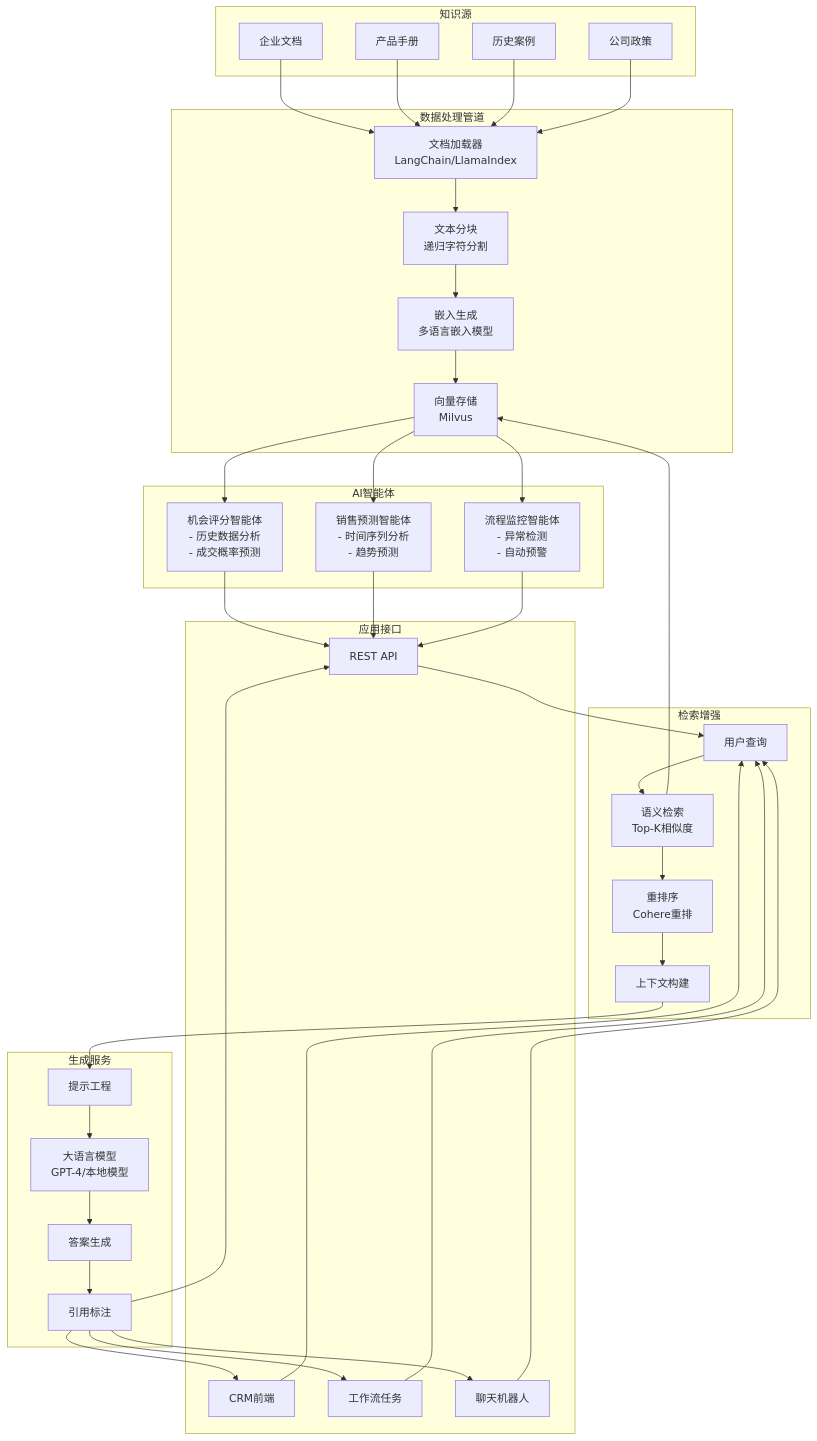
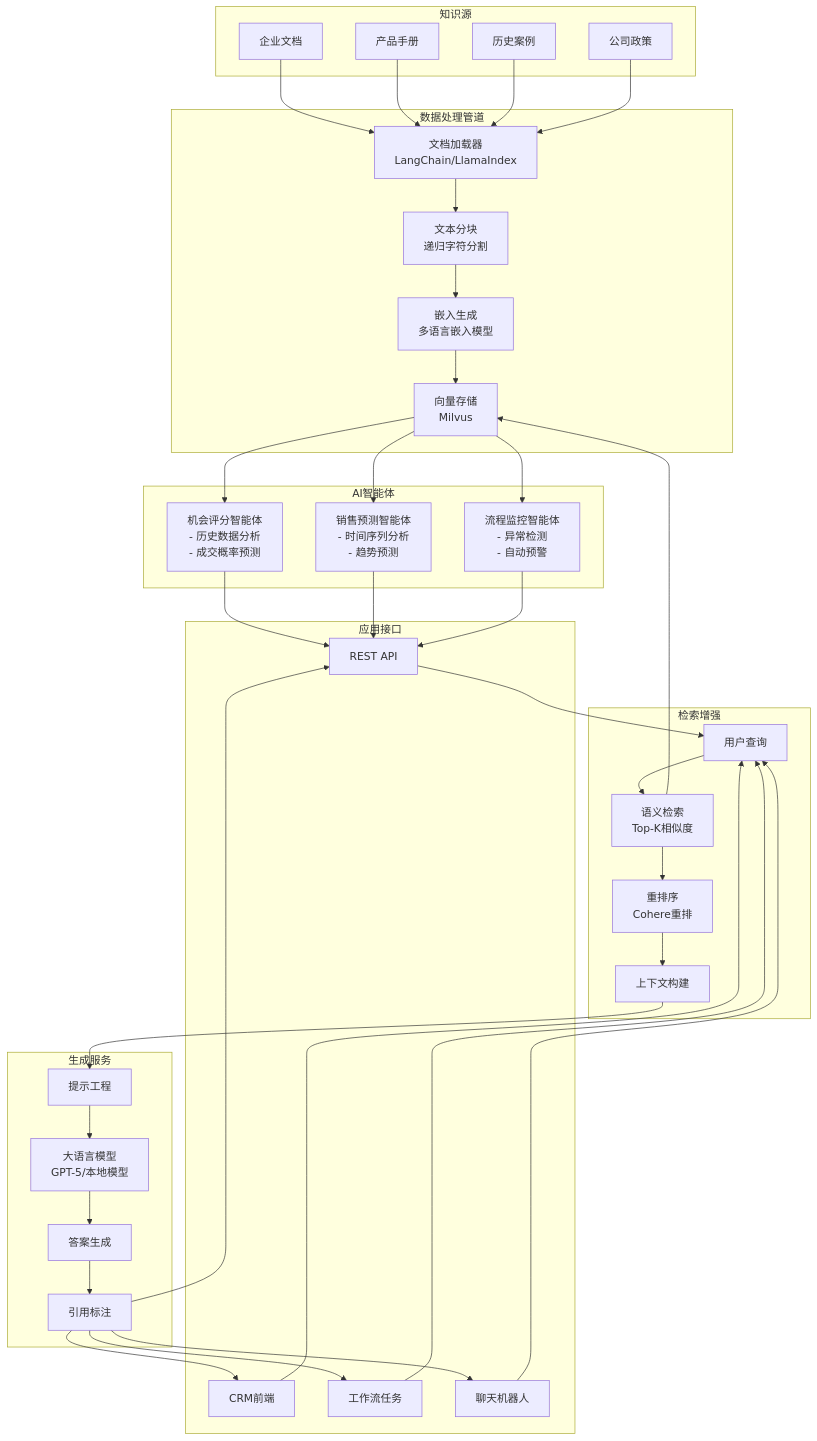
One commit to zavierd/ZHCRM changed the diagram in diagrams/rag-architecture.mmd. Above: the diagram before and after it, drawn with Mermaid. The commit also changed 2 other files, not shown here.

```diff
--- a/diagrams/rag-architecture.mmd
+++ b/diagrams/rag-architecture.mmd
@@ -1,81 +1,81 @@
 graph TB
     subgraph "知识源"
         DOC[企业文档]
         MANUAL[产品手册]
         CASE[历史案例]
         POLICY[公司政策]
     end
 
     subgraph "数据处理管道"
         LOAD[文档加载器<br/>LangChain/LlamaIndex]
         SPLIT[文本分块<br/>递归字符分割]
         EMBED[嵌入生成<br/>多语言嵌入模型]
         STORE[向量存储<br/>Milvus]
     end
 
     subgraph "检索增强"
         QUERY[用户查询]
         RETRIEVE[语义检索<br/>Top-K相似度]
         RERANK[重排序<br/>Cohere重排]
         CONTEXT[上下文构建]
     end
 
     subgraph "生成服务"
-        LLM[大语言模型<br/>GPT-4/本地模型]
+        LLM[大语言模型<br/>GPT-5/本地模型]
         PROMPT[提示工程]
         ANSWER[答案生成]
         CITE[引用标注]
     end
 
     subgraph "AI智能体"
         SCORE_AGENT[机会评分智能体<br/>- 历史数据分析<br/>- 成交概率预测]
         FORECAST_AGENT[销售预测智能体<br/>- 时间序列分析<br/>- 趋势预测]
         MONITOR_AGENT[流程监控智能体<br/>- 异常检测<br/>- 自动预警]
     end
 
     subgraph "应用接口"
         CRM_UI[CRM前端]
         WORKFLOW_TASK[工作流任务]
         CHAT_BOT[聊天机器人]
         API[REST API]
     end
     
     %% 数据流
     DOC --> LOAD
     MANUAL --> LOAD
     CASE --> LOAD
     POLICY --> LOAD
     
     LOAD --> SPLIT
     SPLIT --> EMBED
     EMBED --> STORE
     
     QUERY --> RETRIEVE
     RETRIEVE --> STORE
     RETRIEVE --> RERANK
     RERANK --> CONTEXT
     
     CONTEXT --> PROMPT
     PROMPT --> LLM
     LLM --> ANSWER
     ANSWER --> CITE
     
     %% 智能体连接
     STORE --> SCORE_AGENT
     STORE --> FORECAST_AGENT
     STORE --> MONITOR_AGENT
     
     %% 应用接口
     CRM_UI --> QUERY
     WORKFLOW_TASK --> QUERY
     CHAT_BOT --> QUERY
     API --> QUERY
     
     CITE --> CRM_UI
     CITE --> WORKFLOW_TASK
     CITE --> CHAT_BOT
     CITE --> API
     
     SCORE_AGENT --> API
     FORECAST_AGENT --> API
     MONITOR_AGENT --> API
```
